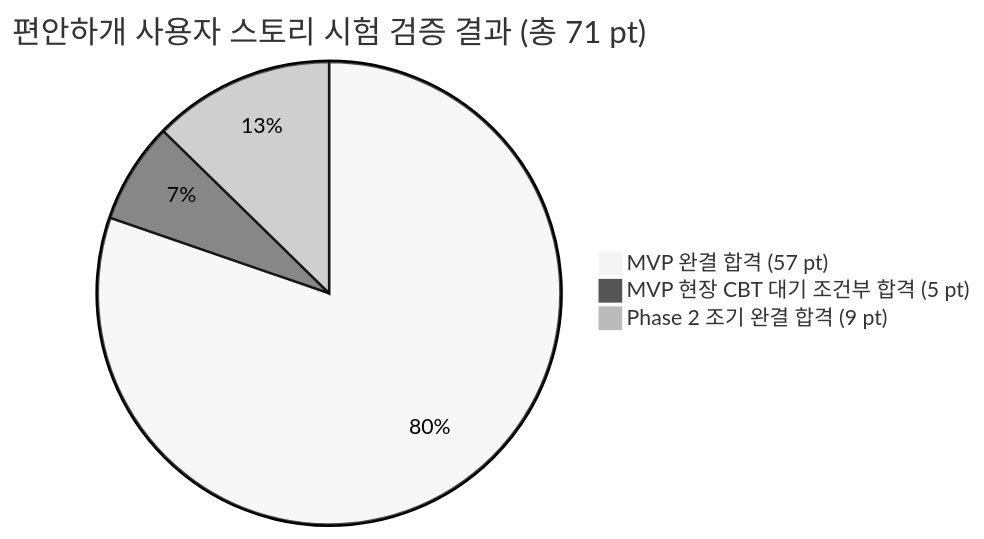
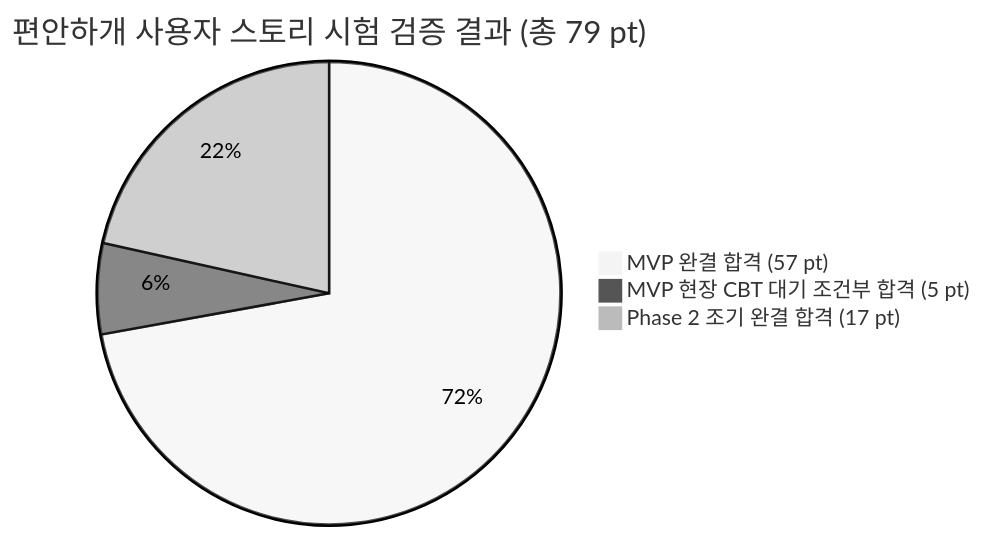
The first of 2 diagrams in docs/11_편안하개_사용자스토리_기반_시험결과보고서.md (haru2014/pet_walk_t01), drawn with Mermaid (neutral theme) before and after one commit. The commit also changed other lines of this file and 2 other files, not shown here.

Commit message:
docs: 사용자 스토리 및 시험결과보고서 10월 28일 구현현황(79pt 완료) 반영

````diff
--- a/docs/11_편안하개_사용자스토리_기반_시험결과보고서.md
+++ b/docs/11_편안하개_사용자스토리_기반_시험결과보고서.md
@@ -48,6 +48,6 @@
 ```mermaid
-pie title 편안하개 사용자 스토리 시험 검증 결과 (총 71 pt)
+pie title 편안하개 사용자 스토리 시험 검증 결과 (총 79 pt)
     "MVP 완결 합격 (57 pt)" : 57
     "MVP 현장 CBT 대기 조건부 합격 (5 pt)" : 5
-    "Phase 2 조기 완결 합격 (9 pt)" : 9
+    "Phase 2 조기 완결 합격 (17 pt)" : 17
 ```
````
